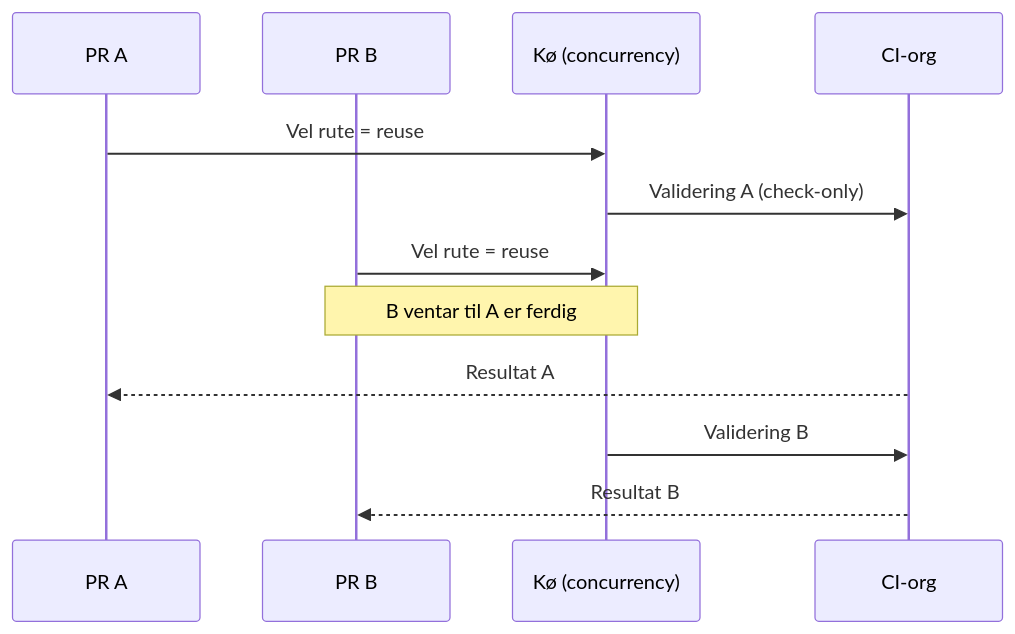
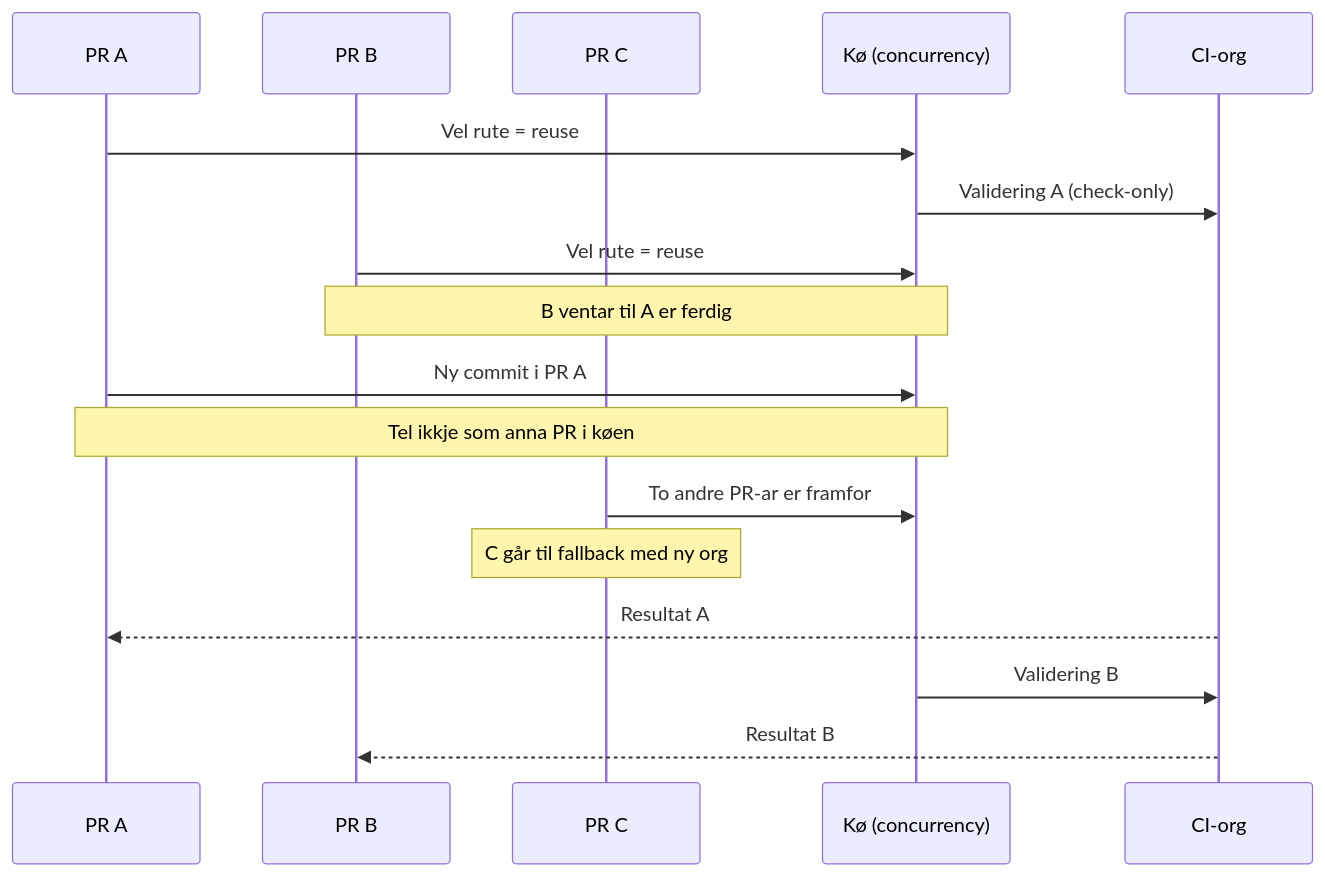
Before and after one commit to navikt/crm-arbeidsforhold: the third of 4 diagrams in .github/specs/reusable-scratch-org-pr-validation.md, drawn with Mermaid. The commit also changed other lines of this file, not shown here.

````diff
--- a/.github/specs/reusable-scratch-org-pr-validation.md
+++ b/.github/specs/reusable-scratch-org-pr-validation.md
@@ -92,14 +94,19 @@
 ```mermaid
 sequenceDiagram
     participant PR1 as PR A
     participant PR2 as PR B
+    participant PR3 as PR C
     participant Q as Kø (concurrency)
     participant ORG as CI-org
     PR1->>Q: Vel rute = reuse
     Q->>ORG: Validering A (check-only)
     PR2->>Q: Vel rute = reuse
     Note over PR2,Q: B ventar til A er ferdig
+    PR1->>Q: Ny commit i PR A
+    Note over PR1,Q: Tel ikkje som anna PR i køen
+    PR3->>Q: To andre PR-ar er framfor
+    Note over PR3: C går til fallback med ny org
     ORG-->>PR1: Resultat A
     Q->>ORG: Validering B
     ORG-->>PR2: Resultat B
 ```
````
